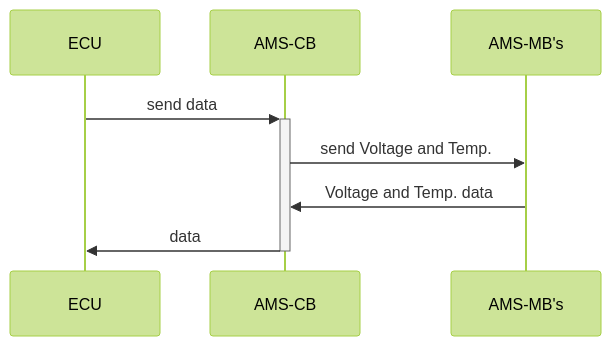
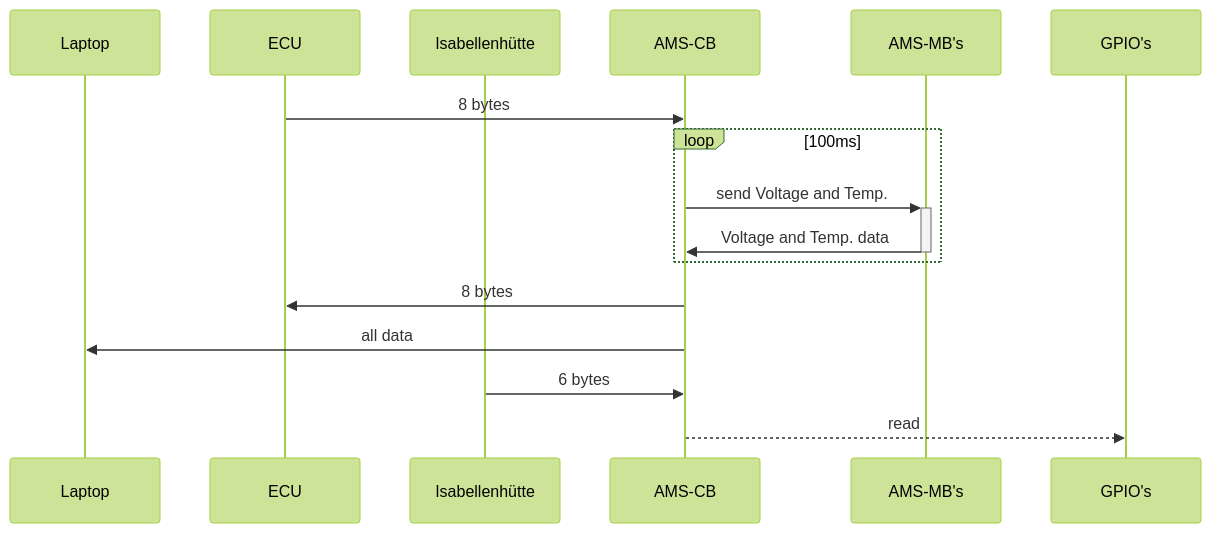
Before and after one commit to renolluc/BMS_zephyr: the diagram in README.md, drawn with Mermaid (forest theme). The commit also changed other lines of this file, not shown here.

Commit message:
sequential diagram update

````diff
--- a/README.md
+++ b/README.md
@@ -3,11 +5,21 @@
 ```mermaid
 sequenceDiagram
-    participant ecu as ECU 
+    participant laptop as Laptop
+    participant ecu as ECU
+    participant ivt-s as Isabellenhütte
     participant nucleo as AMS-CB
     participant adbms as AMS-MB's
+    participant gpio as GPIO's
 
-    ecu->>+nucleo: send data
-    nucleo->>adbms: send Voltage and Temp.
-    adbms->>nucleo: Voltage and Temp. data
-    nucleo->>-ecu: data
+    ecu->>nucleo: 8 bytes
+    loop 100ms
+    nucleo->>+adbms: send Voltage and Temp.
+    adbms->>-nucleo: Voltage and Temp. data
+    end
+    nucleo->>ecu: 8 bytes
+    nucleo->>laptop: all data
+    ivt-s->>nucleo: 6 bytes
+    nucleo-->>gpio: read
+    
+
 ```
````
